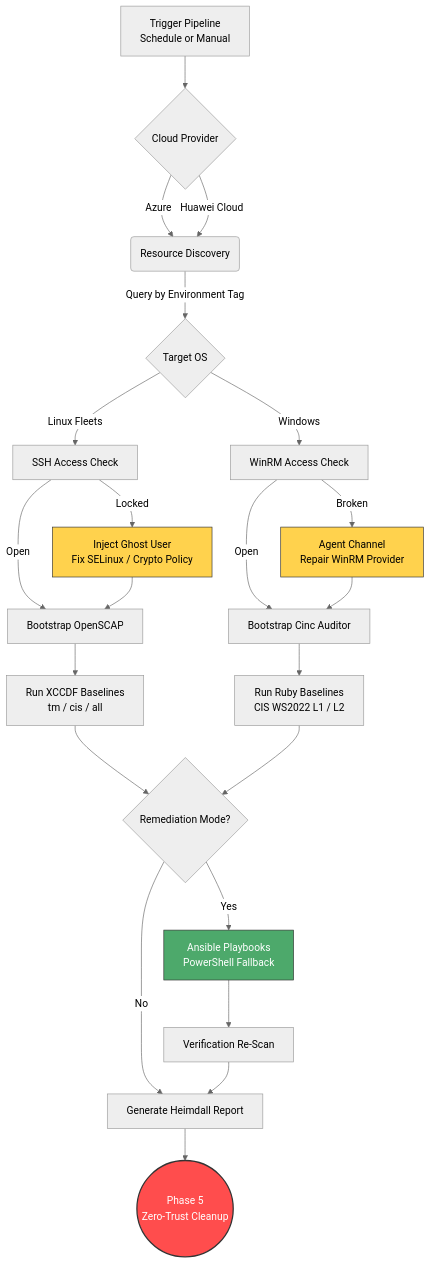
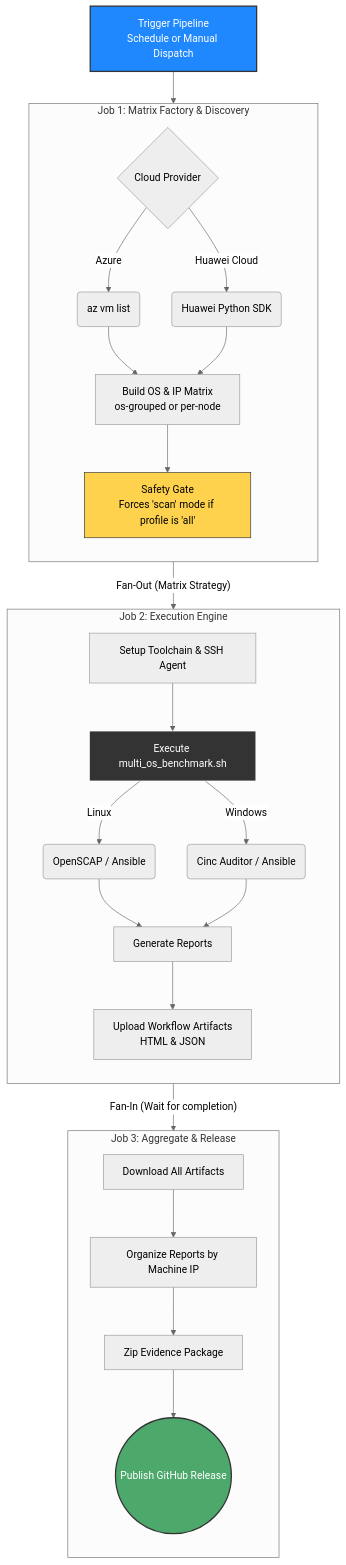
The diagram in README.md (danishkhan0101/X-Cloud-Multi-OS-Benchmark-Auditor), drawn with Mermaid (neutral theme) before and after one commit.

````diff
--- a/README.md
+++ b/README.md
@@ -32,36 +32,40 @@
 ```mermaid
 graph TD
-    A[Trigger Pipeline<br/>Schedule or Manual] --> P{Cloud Provider}
-    P -->|Azure| B(Resource Discovery)
-    P -->|Huawei Cloud| B
-    B -->|Query by Environment Tag| C{Target OS}
+    A[Trigger Pipeline<br/>Schedule or Manual Dispatch] --> JOB_1
 
-    C -->|Linux Fleets| D[SSH Access Check]
-    C -->|Windows| E[WinRM Access Check]
+    subgraph JOB_1 [Job 1: Matrix Factory & Discovery]
+        direction TB
+        C{Cloud Provider} -->|Azure| D(az vm list)
+        C -->|Huawei Cloud| E(Huawei Python SDK)
+        D --> F[Build OS & IP Matrix<br/>os-grouped or per-node]
+        E --> F
+        F --> G[Safety Gate<br/>Forces 'scan' mode if profile is 'all']
+    end
 
-    D -- Locked --> F[Inject Ghost User<br/>Fix SELinux / Crypto Policy]
-    D -- Open --> G[Bootstrap OpenSCAP]
-    F --> G
+    G -- "Fan-Out (Matrix Strategy)" --> JOB_2
 
-    E -- Broken --> H[Agent Channel<br/>Repair WinRM Provider]
-    E -- Open --> I[Bootstrap Cinc Auditor]
-    H --> I
+    subgraph JOB_2 [Job 2: Execution Engine]
+        direction TB
+        H[Setup Toolchain & SSH Agent] --> I[Execute multi_os_benchmark.sh]
+        I -->|Linux| J(OpenSCAP / Ansible)
+        I -->|Windows| K(Cinc Auditor / Ansible)
+        J --> L[Generate Reports]
+        K --> L
+        L --> M[Upload Workflow Artifacts<br/>HTML & JSON]
+    end
 
-    G --> J[Run XCCDF Baselines<br/>tm / cis / all]
-    I --> K[Run Ruby Baselines<br/>CIS WS2022 L1 / L2]
+    M -- "Fan-In (Wait for completion)" --> JOB_3
 
-    J --> L{Remediation Mode?}
-    K --> L
+    subgraph JOB_3 [Job 3: Aggregate & Release]
+        direction TB
+        N[Download All Artifacts] --> O[Organize Reports by Machine IP]
+        O --> P[Zip Evidence Package]
+        P --> Q((Publish GitHub Release))
+    end
 
-    L -- Yes --> M[Ansible Playbooks<br/>PowerShell Fallback]
-    M --> V[Verification Re-Scan]
-    L -- No --> N[Generate Heimdall Report]
-    V --> N
-
-    N --> O((Phase 5<br/>Zero-Trust Cleanup))
-
-    style O fill:#ff4d4d,stroke:#333,stroke-width:2px,color:#fff
-    style F fill:#ffd24d,stroke:#333,color:#000
-    style H fill:#ffd24d,stroke:#333,color:#000
-    style M fill:#4da96b,stroke:#333,color:#fff
+    %% Styling
+    style A fill:#2088FF,stroke:#333,stroke-width:2px,color:#fff
+    style Q fill:#4da96b,stroke:#333,stroke-width:2px,color:#fff
+    style G fill:#ffd24d,stroke:#333,color:#000
+    style I fill:#333,stroke:#fff,color:#fff
 ```
````
